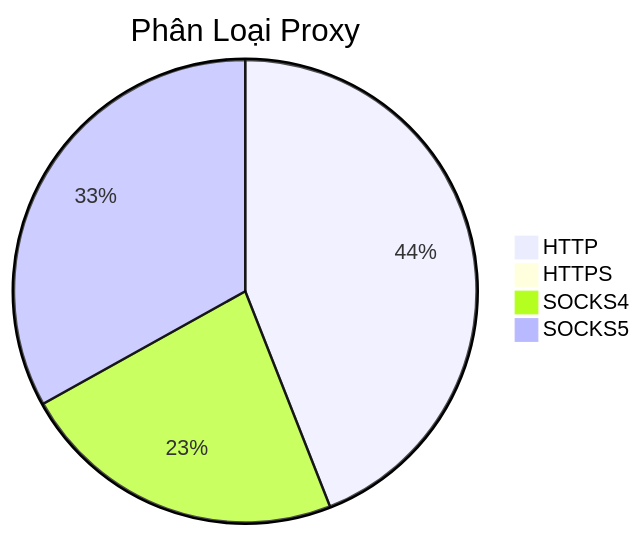
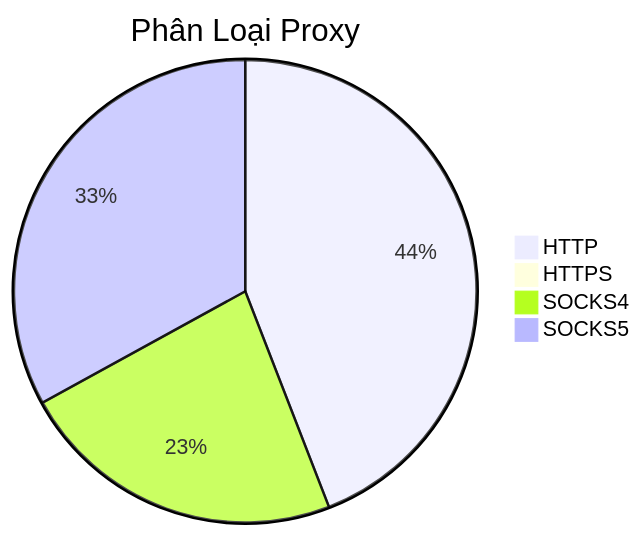
One commit to Ciara-12/PROXY-free changed the diagram in README.md. Above: the diagram before and after it, drawn with Mermaid. The commit also changed other lines of this file and 4 other files, not shown here.

````diff
--- a/README.md
+++ b/README.md
@@ -26,7 +26,7 @@
 ```mermaid
 pie title Phân Loại Proxy
-    "HTTP" : 531
-    "HTTPS" : 2
-    "SOCKS4" : 276
-    "SOCKS5" : 399
+    "HTTP" : 524
+    "HTTPS" : 1
+    "SOCKS4" : 272
+    "SOCKS5" : 392
 ```
````
